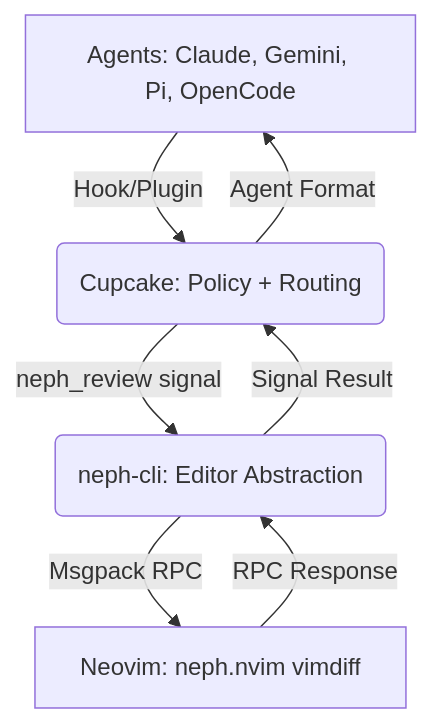
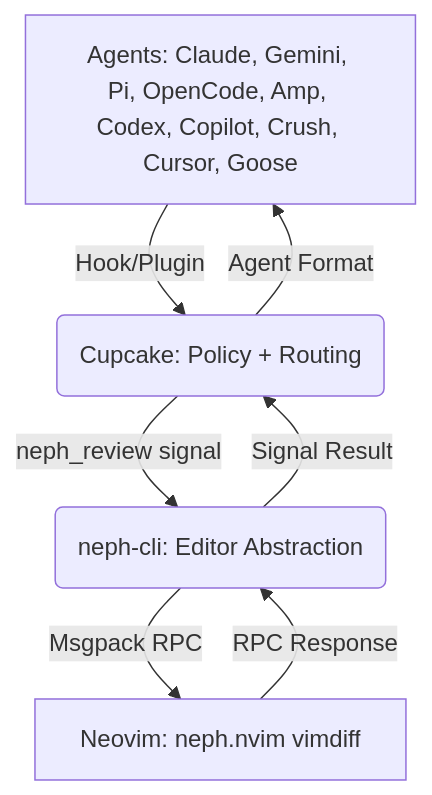
Before and after one commit to roshbhatia/neph.nvim: the first of 2 diagrams in docs/docs.md, drawn with Mermaid. The commit also changed other lines of this file, not shown here.

First line of the commit message:
docs: Update docs.md with all RPC endpoints and full list of supported agents

````diff
--- a/docs/docs.md
+++ b/docs/docs.md
@@ -10,9 +10,9 @@
 ```mermaid
 graph TD
-    A[Agents: Claude, Gemini, Pi, OpenCode] -->|Hook/Plugin| B(Cupcake: Policy + Routing)
+    A[Agents: Claude, Gemini, Pi, OpenCode, Amp, Codex, Copilot, Crush, Cursor, Goose] -->|Hook/Plugin| B(Cupcake: Policy + Routing)
     B -->|neph_review signal| C(neph-cli: Editor Abstraction)
     C -->|Msgpack RPC| D[Neovim: neph.nvim vimdiff]
     D -->|RPC Response| C
     C -->|Signal Result| B
     B -->|Agent Format| A
 ```
````
